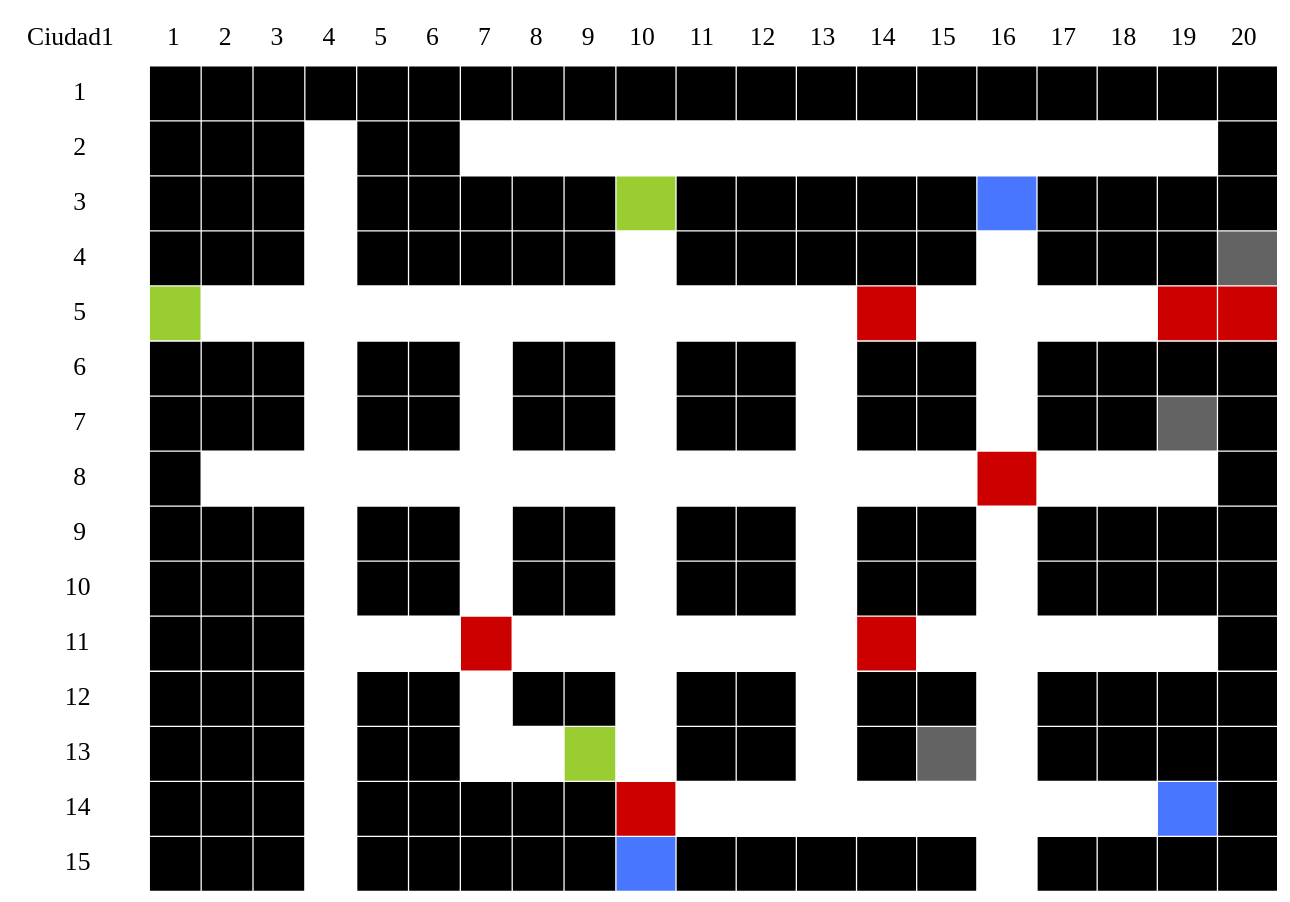
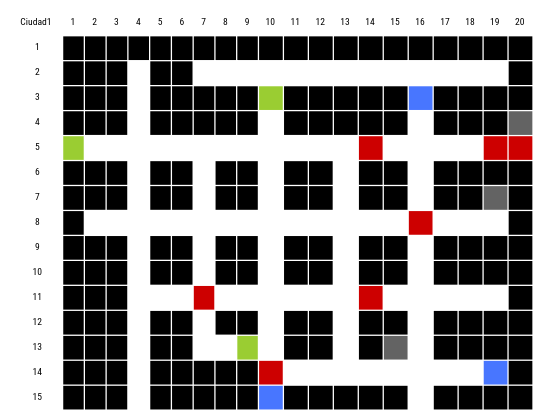
The diagram in MapasGenerados/Matriz_Ciudad1.dot (rodrialeh01/IPC2_Proyecto2_201900042), drawn with Graphviz before and after one commit. The commit also changed 14 other files, not shown here.

Commit message:
Editando las graficas de graphviz y validando la generacion de mapas de exito

```diff
--- a/MapasGenerados/Matriz_Ciudad1.dot
+++ b/MapasGenerados/Matriz_Ciudad1.dot
@@ -1,7 +1,7 @@
 digraph structs {
 	node [shape=plaintext]
-	patron [fontsize="40pt", label=<
-<TABLE BORDER="0" CELLBORDER="0" CELLSPACING="2" CELLPADDING="20">
+	patron [fontname="Roboto Condensed"fontsize="15pt", label=<
+<TABLE BORDER="0" CELLBORDER="0" CELLSPACING="2" CELLPADDING="10">
 <TR>
     <TD border="0">Ciudad1</TD><TD border="0">1</TD><TD border="0">2</TD><TD border="0">3</TD><TD border="0">4</TD><TD border="0">5</TD><TD border="0">6</TD><TD border="0">7</TD><TD border="0">8</TD><TD border="0">9</TD><TD border="0">10</TD><TD border="0">11</TD><TD border="0">12</TD><TD border="0">13</TD><TD border="0">14</TD><TD border="0">15</TD><TD border="0">16</TD><TD border="0">17</TD><TD border="0">18</TD><TD border="0">19</TD><TD border="0">20</TD>
 </TR>
```
